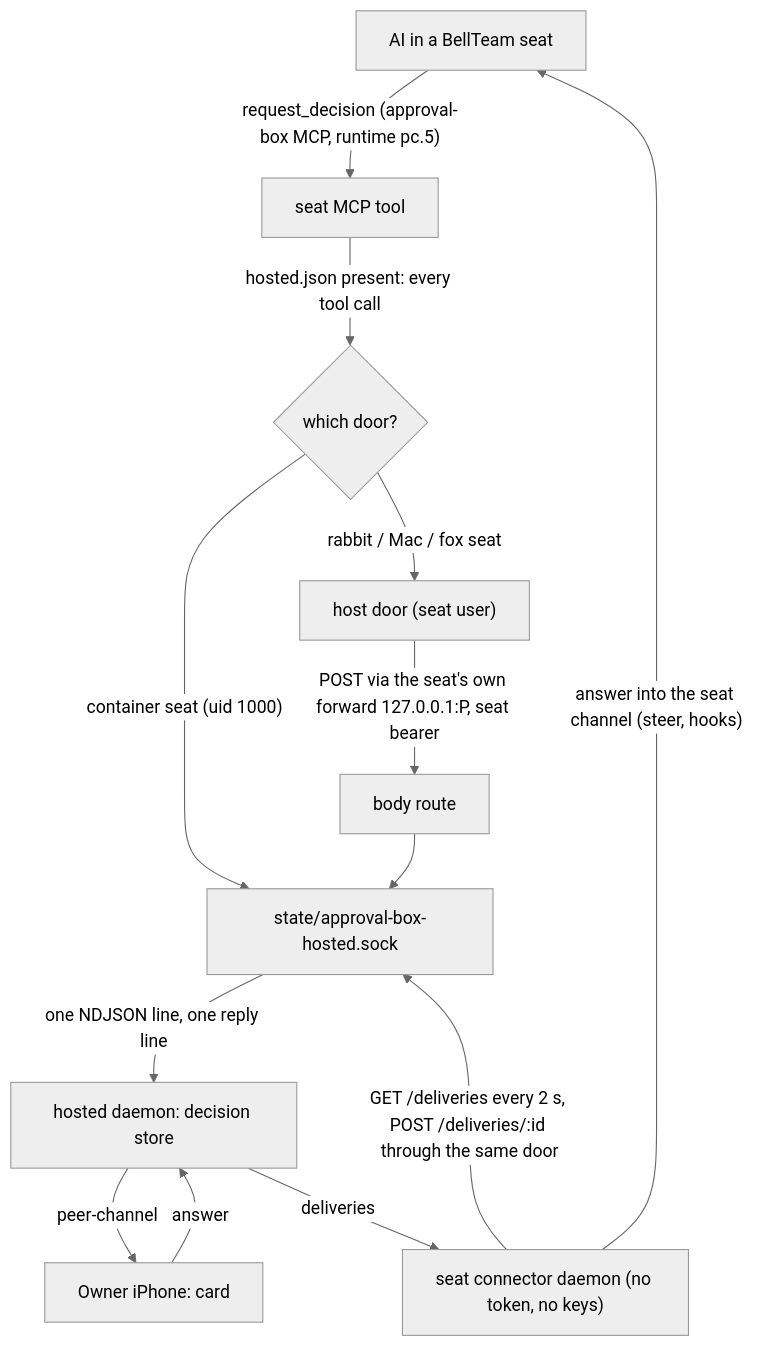
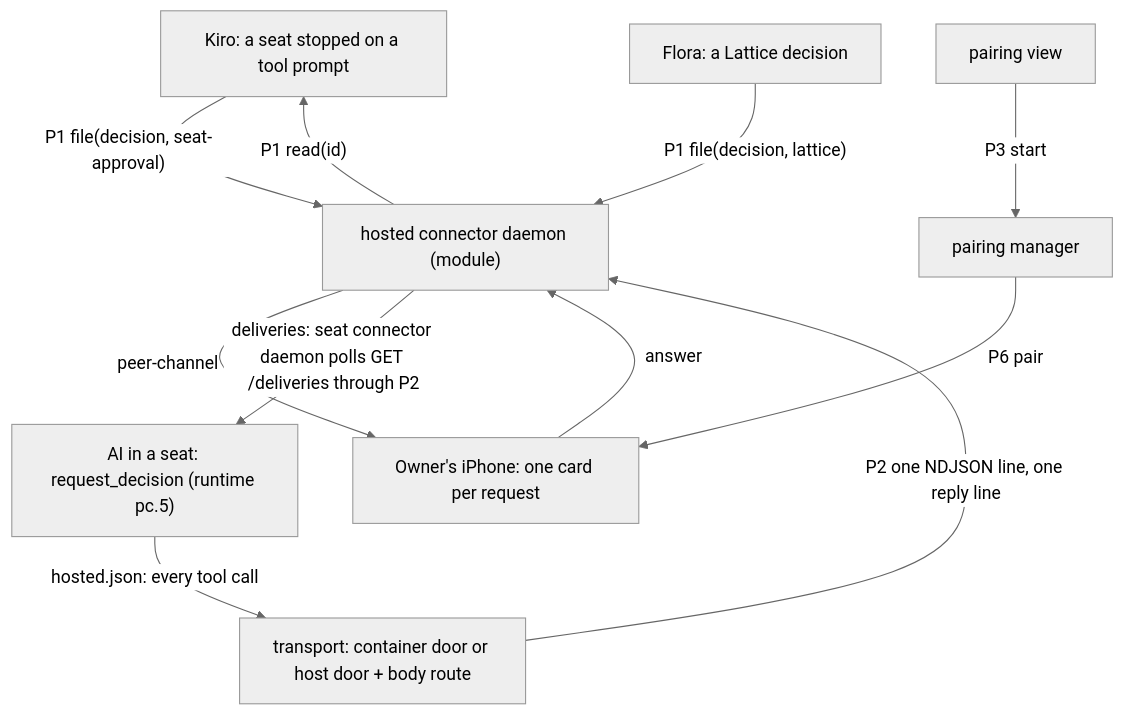
One commit to kitepon/BellTeam changed the second of 4 diagrams in docs/architecture/modules/approval-box-extension/seats-on-hosted-daemon.md. Above: the diagram before and after it, drawn with Mermaid (neutral theme). The commit also changed other lines of this file and 1 other file, not shown here.

First line of the commit message:
seats-on-hosted-daemon: redrawn as ONE port to Approval Box (the module's ports, the seven connections, files, sitting without restarts)

````diff
--- a/docs/architecture/modules/approval-box-extension/seats-on-hosted-daemon.md
+++ b/docs/architecture/modules/approval-box-extension/seats-on-hosted-daemon.md
@@ -75,15 +74,12 @@
 ```mermaid
 flowchart TD
-  AI["AI in a BellTeam seat"] -->|"request_decision (approval-box MCP, runtime pc.5)"| MCP["seat MCP tool"]
-  MCP -->|"hosted.json present: every tool call"| DOOR{"which door?"}
-  DOOR -->|"container seat (uid 1000)"| CD["state/approval-box-hosted.sock"]
-  DOOR -->|"rabbit / Mac / fox seat"| HD["host door (seat user)"]
-  HD -->|"POST via the seat's own forward 127.0.0.1:P, seat bearer"| RT["body route"]
-  RT --> CD
-  CD -->|"one NDJSON line, one reply line"| HOSTED["hosted daemon: decision store"]
-  HOSTED -->|"peer-channel"| IPH["Owner iPhone: card"]
-  IPH -->|"answer"| HOSTED
-  HOSTED -->|"deliveries"| SD["seat connector daemon (no token, no keys)"]
-  SD -->|"GET /deliveries every 2 s, POST /deliveries/:id through the same door"| CD
-  SD -->|"answer into the seat channel (steer, hooks)"| AI
+  K["Kiro: a seat stopped on a tool prompt"] -->|"P1 file(decision, seat-approval)"| DAE["hosted connector daemon (module)"]
+  F["Flora: a Lattice decision"] -->|"P1 file(decision, lattice)"| DAE
+  AI["AI in a seat: request_decision (runtime pc.5)"] -->|"hosted.json: every tool call"| T["transport: container door or host door + body route"]
+  T -->|"P2 one NDJSON line, one reply line"| DAE
+  DAE -->|"peer-channel"| IPH["Owner's iPhone: one card per request"]
+  IPH -->|"answer"| DAE
+  DAE -->|"P1 read(id)"| K
+  DAE -->|"deliveries: seat connector daemon polls GET /deliveries through P2"| AI
+  PV["pairing view"] -->|"P3 start"| PAIR["pairing manager"] -->|"P6 pair"| IPH
 ```
````
